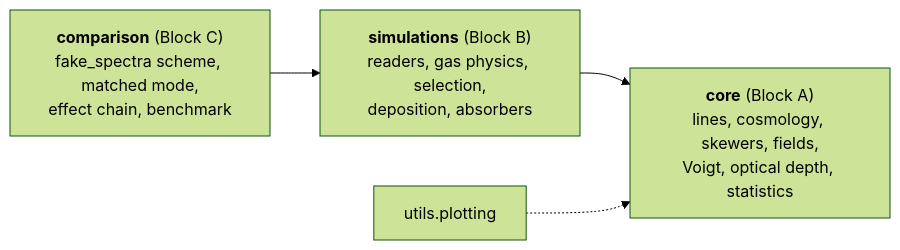
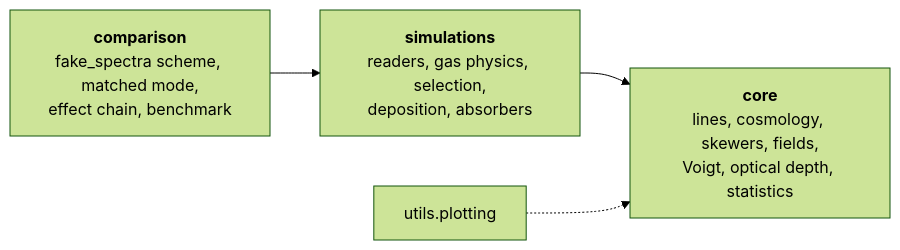
One commit to daniellopezcano/SkewerJAX changed the first of 2 diagrams in README.md. Above: the diagram before and after it, drawn with Mermaid (forest theme). The commit also changed other lines of this file and 19 other files, not shown here.

Commit message:
Notebook restructure, dependency diagrams, dark colourblind style

````diff
--- a/README.md
+++ b/README.md
@@ -28,7 +28,7 @@
 ```mermaid
 flowchart LR
-    C["<b>comparison</b> (Block C)<br/>fake_spectra scheme, matched mode,<br/>effect chain, benchmark"] --> B
-    B["<b>simulations</b> (Block B)<br/>readers, gas physics, selection,<br/>deposition, absorbers"] --> A
-    A["<b>core</b> (Block A)<br/>lines, cosmology, skewers, fields,<br/>Voigt, optical depth, statistics"]
+    C["<b>comparison</b><br/>fake_spectra scheme, matched mode,<br/>effect chain, benchmark"] --> B
+    B["<b>simulations</b><br/>readers, gas physics, selection,<br/>deposition, absorbers"] --> A
+    A["<b>core</b><br/>lines, cosmology, skewers, fields,<br/>Voigt, optical depth, statistics"]
     U["utils.plotting"] -.-> A
 ```
````
